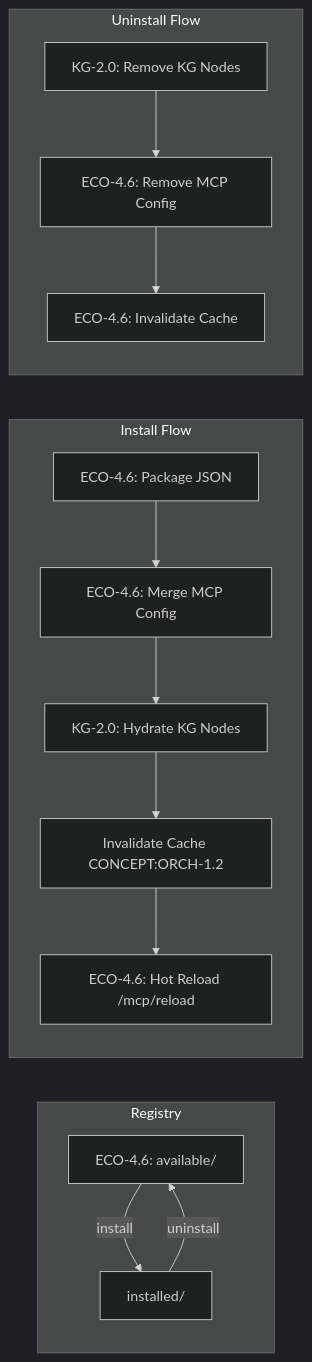
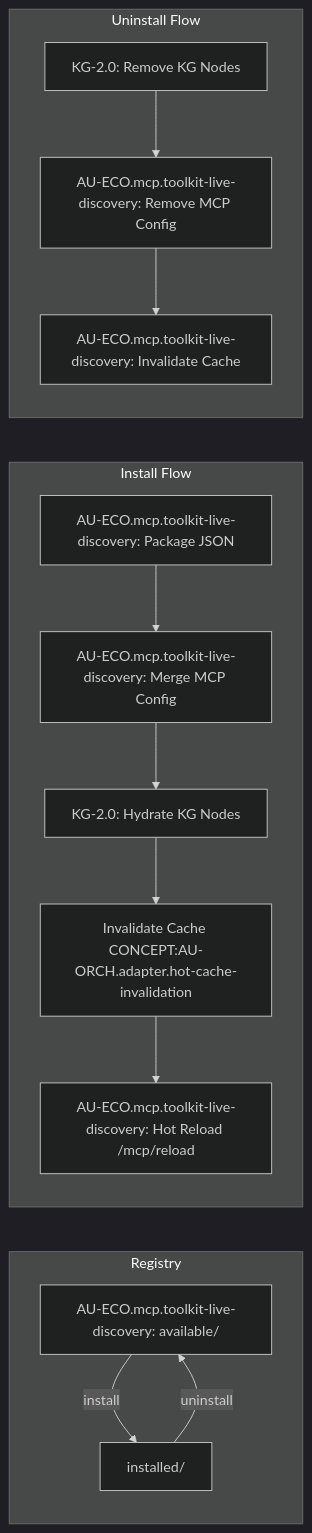
The diagram in docs/guides/agent-registry.md (Knuckles-Team/agent-utilities), drawn with Mermaid (dark theme) before and after one commit. The commit also changed other lines of this file and 2324 other files, not shown here.

````diff
--- a/docs/guides/agent-registry.md
+++ b/docs/guides/agent-registry.md
@@ -13,19 +13,19 @@
 ```mermaid
 flowchart LR
     subgraph Registry
-        AVAIL[ECO-4.6: available/] --> |install| INSTALLED[installed/]
+        AVAIL[AU-ECO.mcp.toolkit-live-discovery: available/] --> |install| INSTALLED[installed/]
         INSTALLED --> |uninstall| AVAIL
     end
 
     subgraph Install Flow
-        PKG[ECO-4.6: Package JSON] --> MCP[ECO-4.6: Merge MCP Config]
+        PKG[AU-ECO.mcp.toolkit-live-discovery: Package JSON] --> MCP[AU-ECO.mcp.toolkit-live-discovery: Merge MCP Config]
         MCP --> KG[KG-2.0: Hydrate KG Nodes]
-        KG --> CACHE[Invalidate Cache CONCEPT:ORCH-1.2]
-        CACHE --> RELOAD[ECO-4.6: Hot Reload /mcp/reload]
+        KG --> CACHE[Invalidate Cache CONCEPT:AU-ORCH.adapter.hot-cache-invalidation]
+        CACHE --> RELOAD[AU-ECO.mcp.toolkit-live-discovery: Hot Reload /mcp/reload]
     end
 
     subgraph Uninstall Flow
-        RM_KG[KG-2.0: Remove KG Nodes] --> RM_MCP[ECO-4.6: Remove MCP Config]
-        RM_MCP --> RM_CACHE[ECO-4.6: Invalidate Cache]
+        RM_KG[KG-2.0: Remove KG Nodes] --> RM_MCP[AU-ECO.mcp.toolkit-live-discovery: Remove MCP Config]
+        RM_MCP --> RM_CACHE[AU-ECO.mcp.toolkit-live-discovery: Invalidate Cache]
     end
 ```
````
